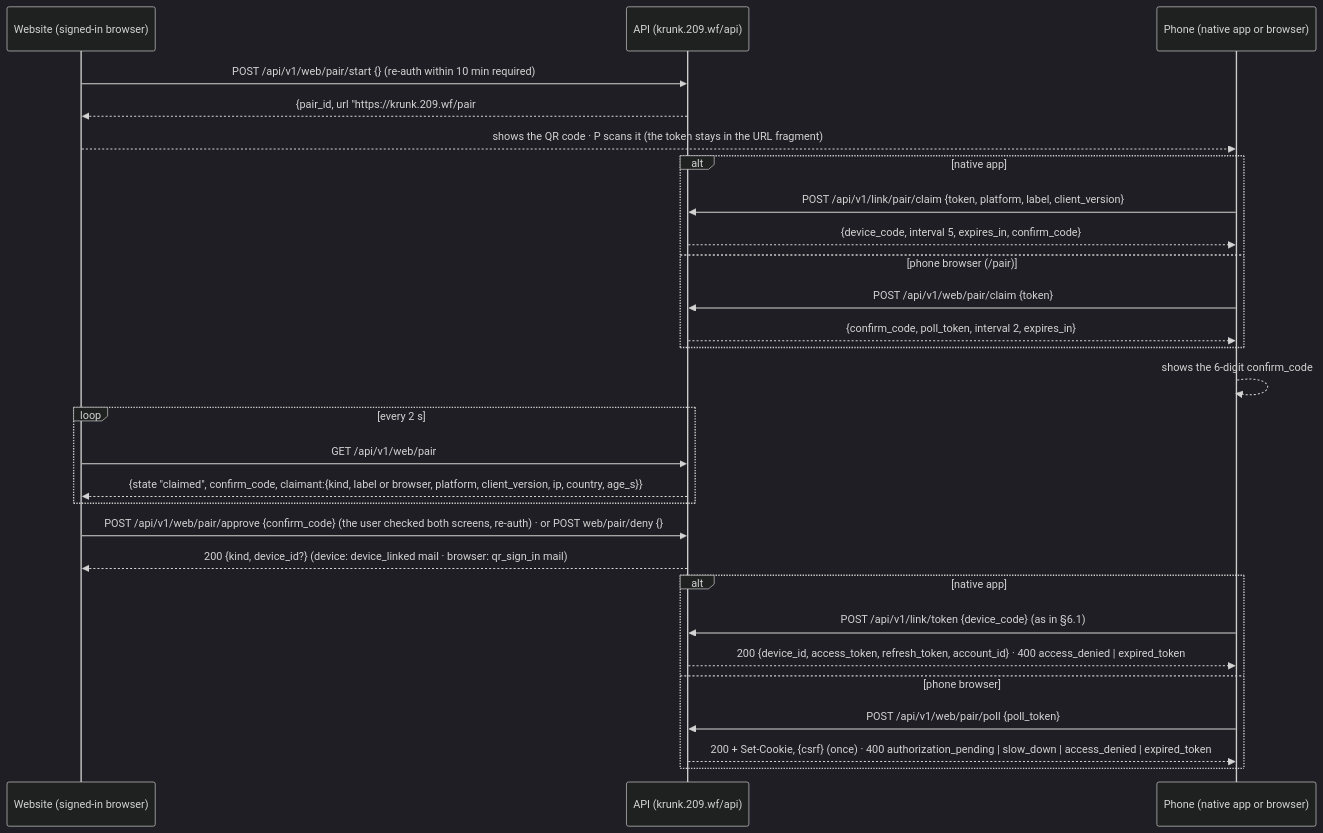
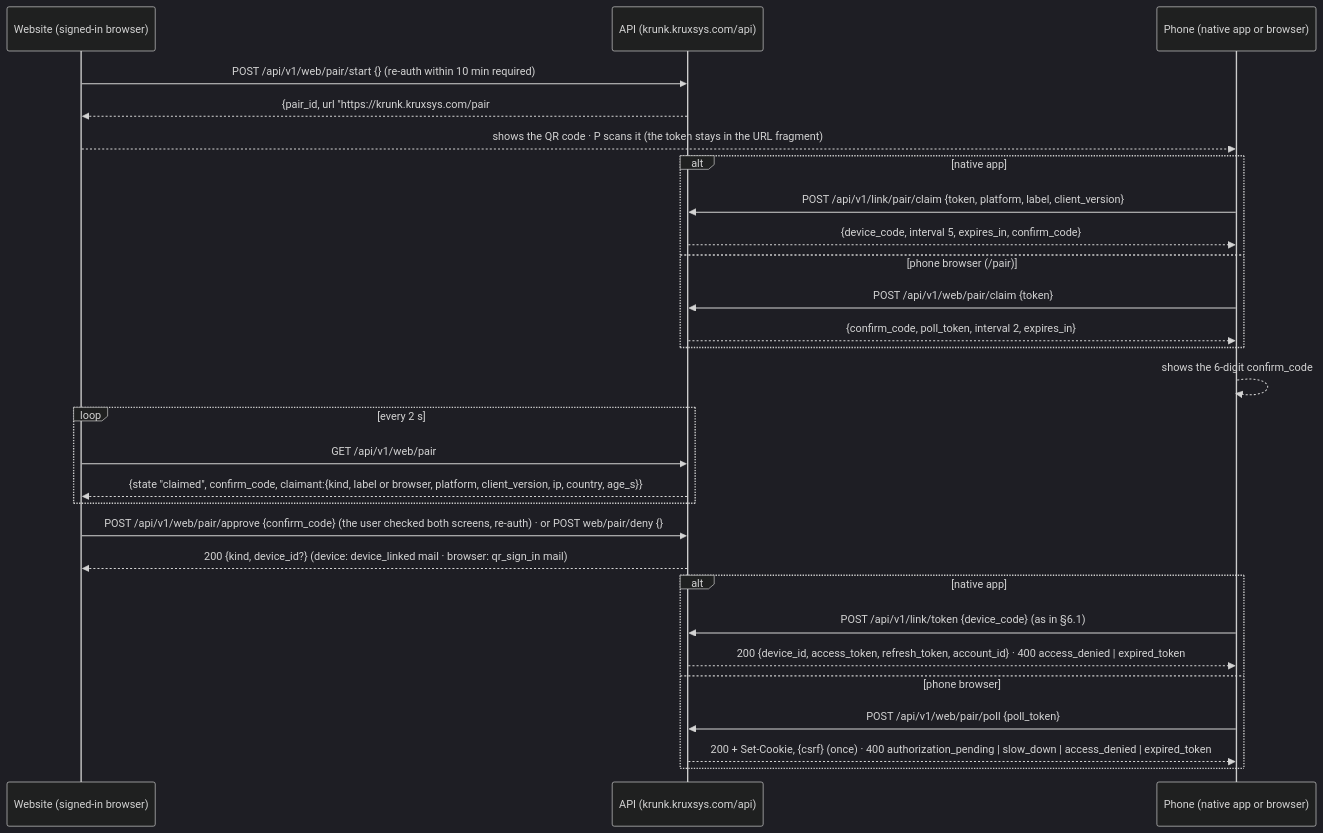
The fourth of 5 diagrams in docs/sync/PROTOCOL.md (KruxSYS/krunk), drawn with Mermaid (dark theme) before and after one commit. The commit also changed other lines of this file and 61 other files, not shown here.

````diff
--- a/docs/sync/PROTOCOL.md
+++ b/docs/sync/PROTOCOL.md
@@ -407,30 +407,30 @@
 ```mermaid
 sequenceDiagram
     participant W as Website (signed-in browser)
-    participant S as API (krunk.209.wf/api)
+    participant S as API (krunk.kruxsys.com/api)
     participant P as Phone (native app or browser)
     W->>S: POST /api/v1/web/pair/start {} (re-auth within 10 min required)
-    S-->>W: {pair_id, url "https://krunk.209.wf/pair#TOKEN", qr_svg, expires_in 300}
+    S-->>W: {pair_id, url "https://krunk.kruxsys.com/pair#TOKEN", qr_svg, expires_in 300}
     W-->>P: shows the QR code · P scans it (the token stays in the URL fragment)
     alt native app
         P->>S: POST /api/v1/link/pair/claim {token, platform, label, client_version}
         S-->>P: {device_code, interval 5, expires_in, confirm_code}
     else phone browser (/pair)
         P->>S: POST /api/v1/web/pair/claim {token}
         S-->>P: {confirm_code, poll_token, interval 2, expires_in}
     end
     P-->>P: shows the 6-digit confirm_code
     loop every 2 s
         W->>S: GET /api/v1/web/pair
         S-->>W: {state "claimed", confirm_code, claimant:{kind, label or browser, platform, client_version, ip, country, age_s}}
     end
     W->>S: POST /api/v1/web/pair/approve {confirm_code} (the user checked both screens, re-auth) · or POST web/pair/deny {}
     S-->>W: 200 {kind, device_id?} (device: device_linked mail · browser: qr_sign_in mail)
     alt native app
         P->>S: POST /api/v1/link/token {device_code} (as in §6.1)
         S-->>P: 200 {device_id, access_token, refresh_token, account_id} · 400 access_denied | expired_token
     else phone browser
         P->>S: POST /api/v1/web/pair/poll {poll_token}
         S-->>P: 200 + Set-Cookie, {csrf} (once) · 400 authorization_pending | slow_down | access_denied | expired_token
     end
 ```
````
